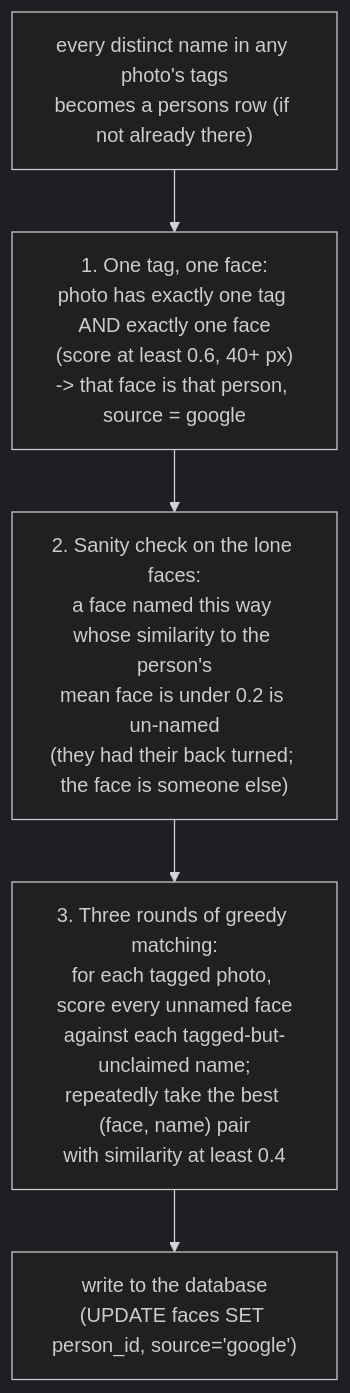
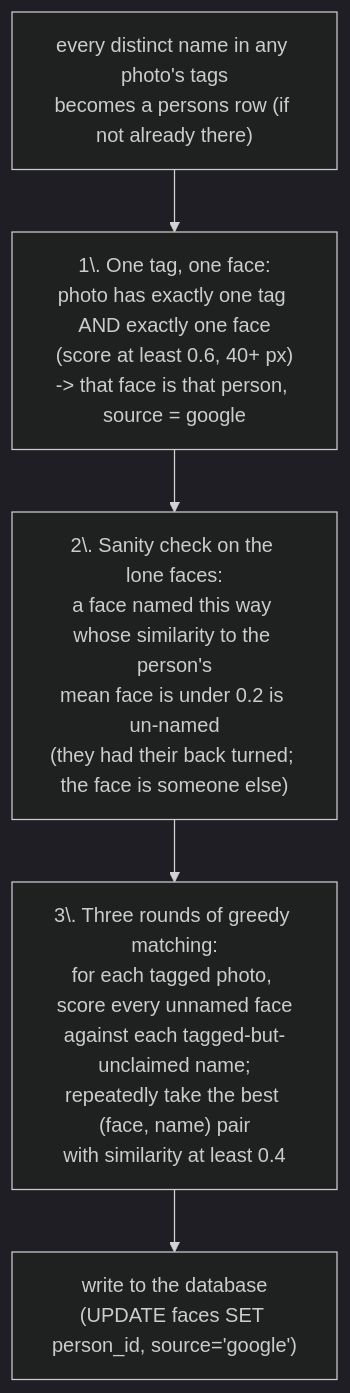
One commit to jflam/photo-estate changed the second of 5 diagrams in docs/book/15-human-corrections.md. Above: the diagram before and after it, drawn with Mermaid (dark theme). The commit also changed 4 other files, not shown here.

First line of the commit message:
Book site: numbered diagram labels read as lists, so they drew as errors

````diff
--- a/docs/book/15-human-corrections.md
+++ b/docs/book/15-human-corrections.md
@@ -76,8 +76,8 @@
 ```mermaid
 flowchart TD
     A["every distinct name in any photo's tags<br/>becomes a persons row (if not already there)"] --> B
-    B["1. One tag, one face:<br/>photo has exactly one tag AND exactly one face<br/>(score at least 0.6, 40+ px)<br/>-> that face is that person, source = google"] --> C
-    C["2. Sanity check on the lone faces:<br/>a face named this way whose similarity to the person's<br/>mean face is under 0.2 is un-named<br/>(they had their back turned; the face is someone else)"] --> D
-    D["3. Three rounds of greedy matching:<br/>for each tagged photo, score every unnamed face<br/>against each tagged-but-unclaimed name;<br/>repeatedly take the best (face, name) pair<br/>with similarity at least 0.4"] --> E
+    B["1\. One tag, one face:<br/>photo has exactly one tag AND exactly one face<br/>(score at least 0.6, 40+ px)<br/>-> that face is that person, source = google"] --> C
+    C["2\. Sanity check on the lone faces:<br/>a face named this way whose similarity to the person's<br/>mean face is under 0.2 is un-named<br/>(they had their back turned; the face is someone else)"] --> D
+    D["3\. Three rounds of greedy matching:<br/>for each tagged photo, score every unnamed face<br/>against each tagged-but-unclaimed name;<br/>repeatedly take the best (face, name) pair<br/>with similarity at least 0.4"] --> E
     E["write to the database<br/>(UPDATE faces SET person_id, source='google')"]
 ```
````
